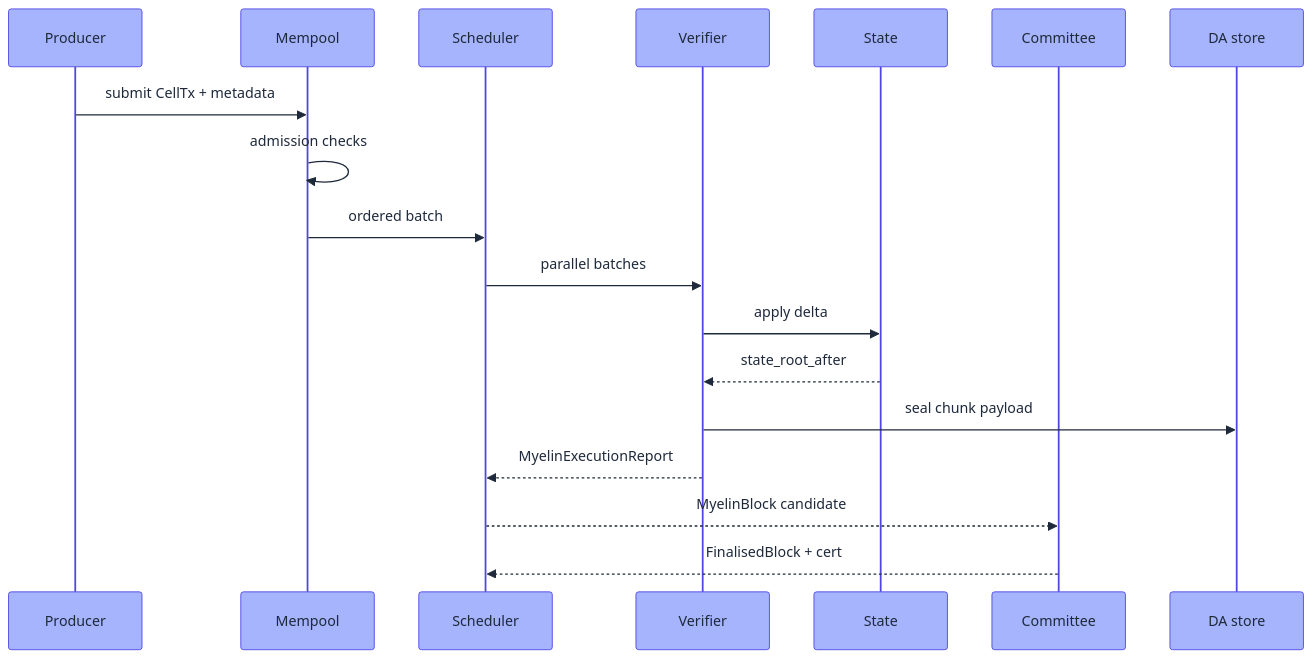
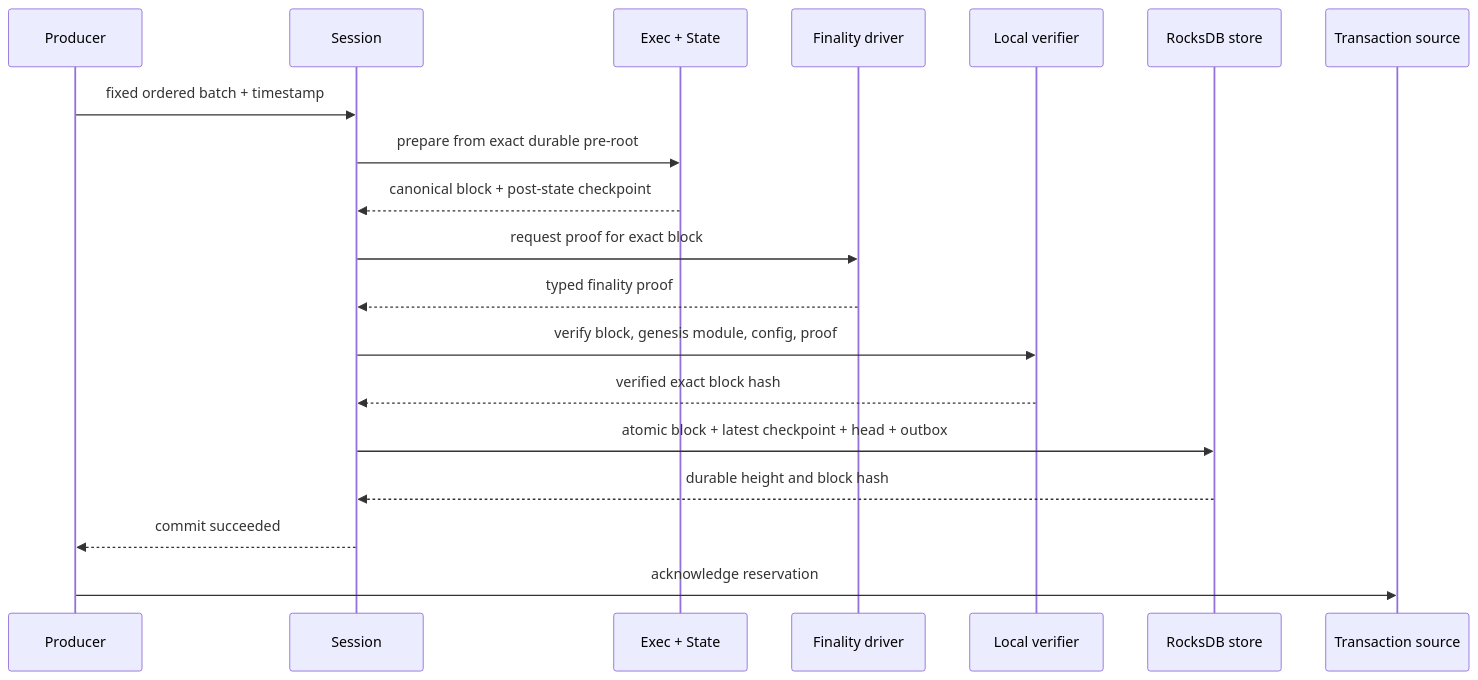
One commit to Myelin-Labs/Myelin changed the second of 2 diagrams in docs/interactions/session-flow.md. Above: the diagram before and after it, drawn with Mermaid. The commit also changed other lines of this file and 13 other files, not shown here.

````diff
--- a/docs/interactions/session-flow.md
+++ b/docs/interactions/session-flow.md
@@ -94,32 +75,22 @@
 ```mermaid
-%%{init: {
-  "theme": "base",
-  "themeVariables": {
-    "primaryColor": "#A5B4FC",
-    "primaryTextColor": "#1E293B",
-    "primaryBorderColor": "#4F46E5",
-    "lineColor": "#6366F1",
-    "secondaryColor": "#C7D2FE",
-    "tertiaryColor": "#C7D2FE"
-  }
-}}%%
 sequenceDiagram
     participant P as Producer
-    participant M as Mempool
-    participant S as Scheduler
-    participant V as Verifier
-    participant St as State
-    participant Co as Committee
-    participant DA as DA store
+    participant S as Session
+    participant X as Exec + State
+    participant D as Finality driver
+    participant V as Local verifier
+    participant R as RocksDB store
+    participant Q as Transaction source
 
-    P->>M: submit CellTx + metadata
-    M->>M: admission checks
-    M->>S: ordered batch
-    S->>V: parallel batches
-    V->>St: apply delta
-    St-->>V: state_root_after
-    V->>DA: seal chunk payload
-    V-->>S: MyelinExecutionReport
-    S-->>Co: MyelinBlock candidate
-    Co-->>S: FinalisedBlock + cert
+    P->>S: fixed ordered batch + timestamp
+    S->>X: prepare from exact durable pre-root
+    X-->>S: canonical block + post-state checkpoint
+    S->>D: request proof for exact block
+    D-->>S: typed finality proof
+    S->>V: verify block, genesis module, config, proof
+    V-->>S: verified exact block hash
+    S->>R: atomic block + latest checkpoint + head + outbox
+    R-->>S: durable height and block hash
+    S-->>P: commit succeeded
+    P->>Q: acknowledge reservation
 ```
````
